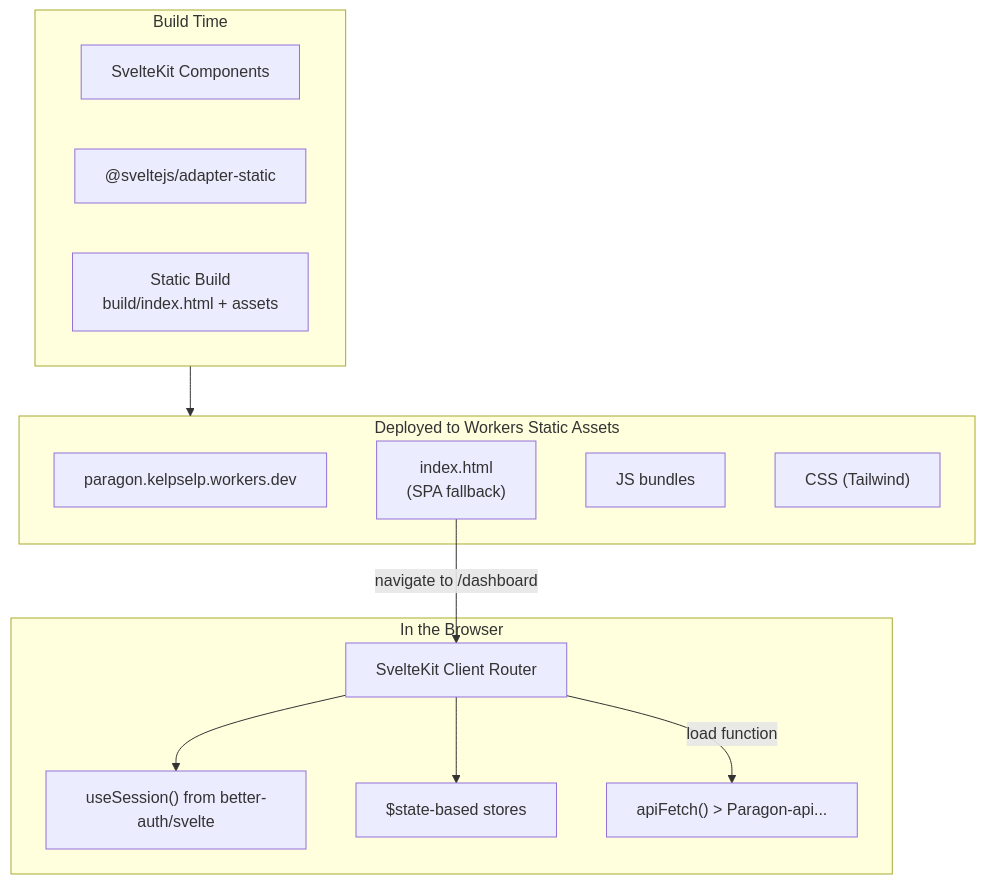
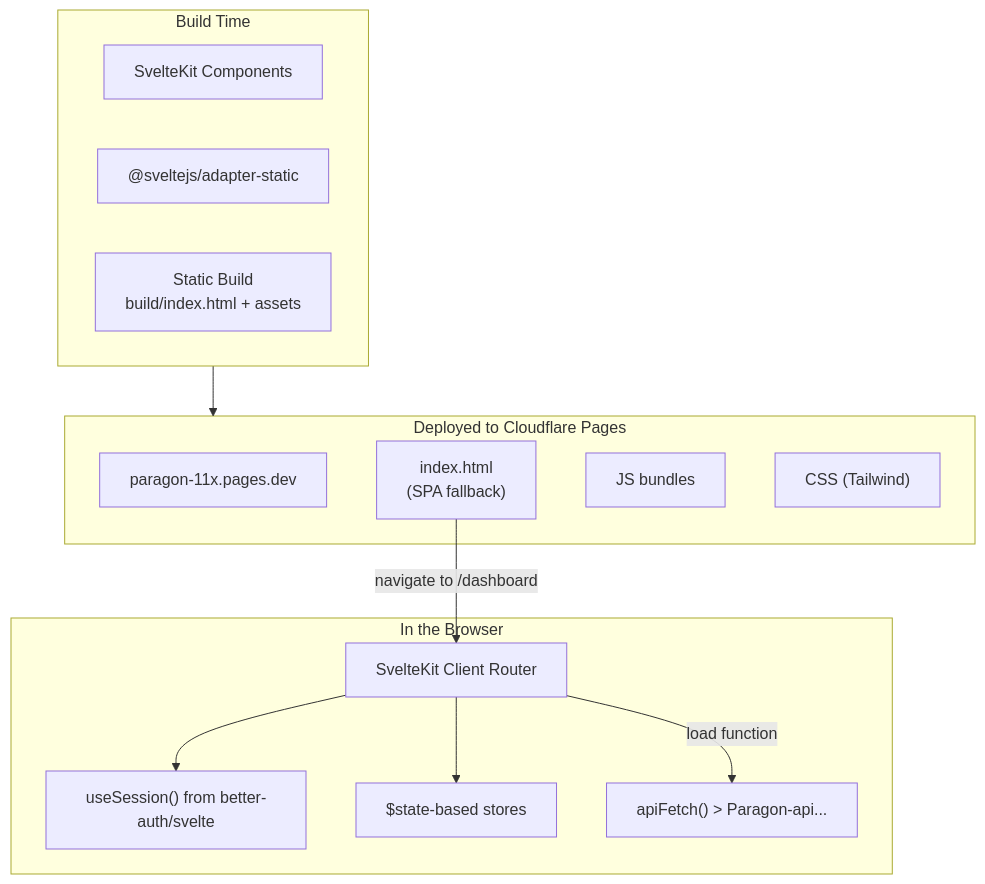
One commit to Zyxavy/Paragon changed diagram 17 of 21 in docs/system-design.md. Above: the diagram before and after it, drawn with Mermaid. The commit also changed other lines of this file and 6 other files, not shown here.

Commit message:
docs: update references from Workers to Pages domain

````diff
--- a/docs/system-design.md
+++ b/docs/system-design.md
@@ -767,28 +767,28 @@
 ```mermaid
 flowchart TB
     subgraph Build["Build Time"]
         Svelte["SvelteKit Components"]
         Adapter["@sveltejs/adapter-static"]
         BuildOut["Static Build<br/>build/index.html + assets"]
     end
 
-    subgraph Deploy["Deployed to Workers Static Assets"]
-        Assets["paragon.kelpselp.workers.dev"]
+    subgraph Deploy["Deployed to Cloudflare Pages"]
+        Assets["paragon-11x.pages.dev"]
         Index["index.html<br/>(SPA fallback)"]
         JS["JS bundles"]
         CSS["CSS (Tailwind)"]
     end
 
     subgraph Runtime["In the Browser"]
         Router["SvelteKit Client Router"]
         Auth["useSession() from better-auth/svelte"]
         Stores["$state-based stores"]
         API["apiFetch() > Paragon-api..."]
     end
 
     Build --> Deploy
     Index -->|"navigate to /dashboard"| Router
     Router -->|"load function"| API
     Router --> Auth
     Router --> Stores
 ```
````
